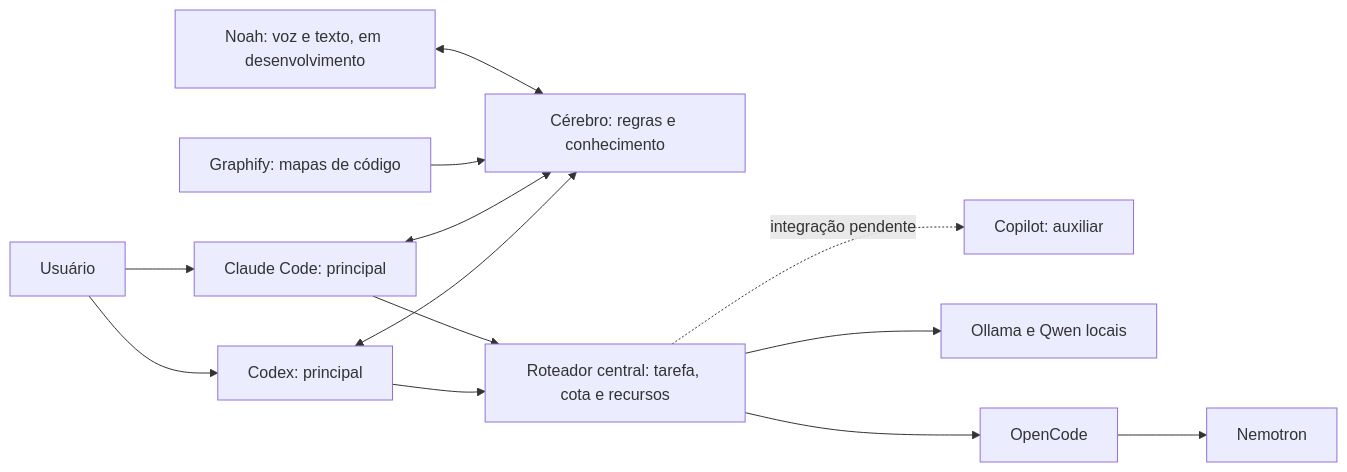
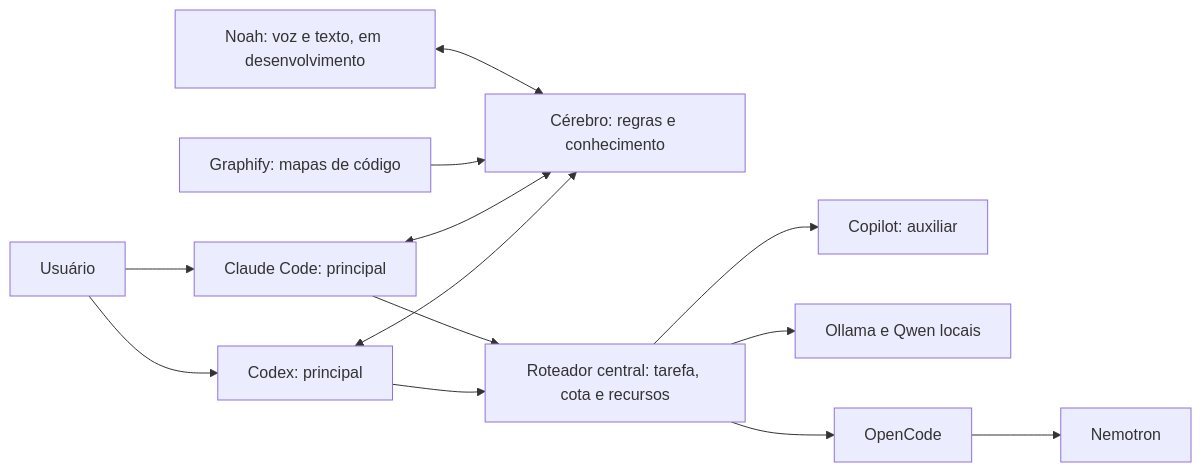
The diagram in README.md (nicholasbirochi/Cerebro), drawn with Mermaid before and after one commit. The commit also changed other lines of this file and 8 other files, not shown here.

````diff
--- a/README.md
+++ b/README.md
@@ -9,15 +9,15 @@
 ```mermaid
 flowchart LR
     P[Usuário] --> CX[Codex: principal]
     P --> CL[Claude Code: principal]
     CX <--> C[Cérebro: regras e conhecimento]
     CL <--> C
     CX --> R[Roteador central: tarefa, cota e recursos]
     CL --> R
-    R -.->|integração pendente| CP[Copilot: auxiliar]
+    R --> CP[Copilot: auxiliar]
     R --> O[Ollama e Qwen locais]
     R --> OC[OpenCode]
     OC --> N[Nemotron]
     G[Graphify: mapas de código] --> C
     NO[Noah: voz e texto, em desenvolvimento] <--> C
 ```
````
